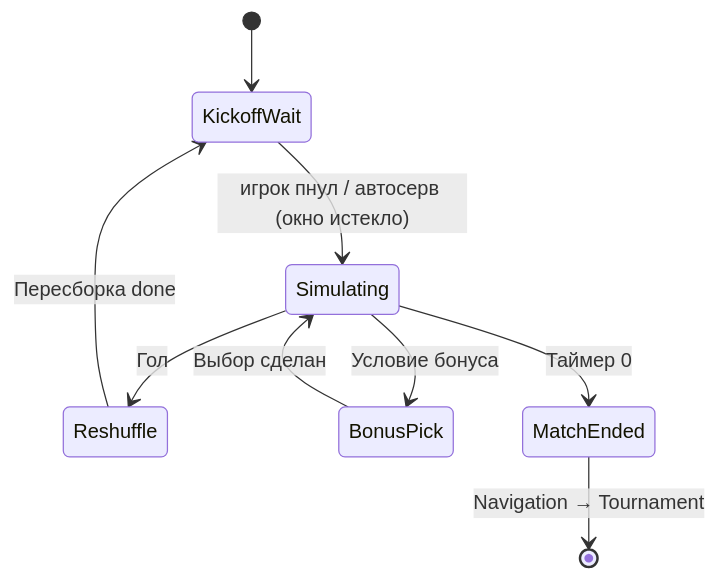
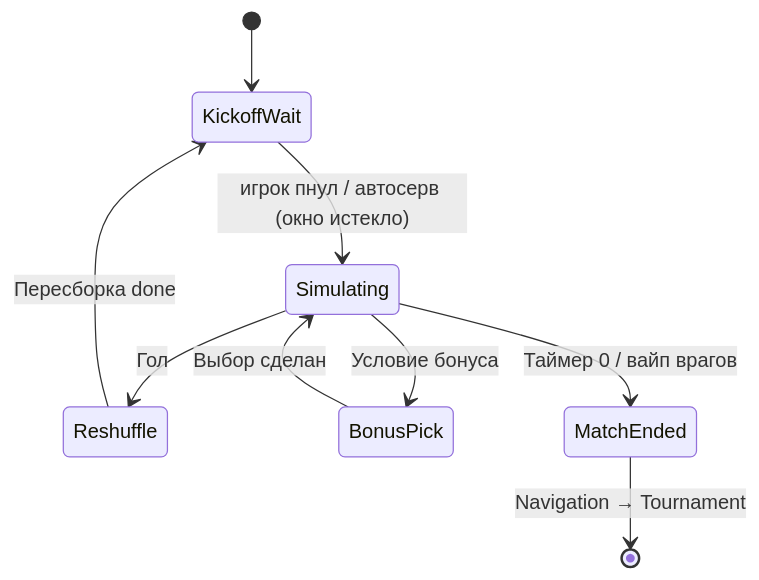
The third of 3 diagrams in Wiki/FutboloidWiki/Архитектура/Машины состояний.md (DeployChef/Futboloid), drawn with Mermaid before and after one commit. The commit also changed other lines of this file and 16 other files, not shown here.

````diff
--- a/Wiki/FutboloidWiki/Архитектура/Машины состояний.md
+++ b/Wiki/FutboloidWiki/Архитектура/Машины состояний.md
@@ -146,11 +146,11 @@
 ```mermaid
 stateDiagram-v2
     [*] --> KickoffWait
     KickoffWait --> Simulating: игрок пнул / автосерв (окно истекло)
     Simulating --> Reshuffle: Гол
     Reshuffle --> KickoffWait: Пересборка done
     Simulating --> BonusPick: Условие бонуса
     BonusPick --> Simulating: Выбор сделан
-    Simulating --> MatchEnded: Таймер 0
+    Simulating --> MatchEnded: Таймер 0 / вайп врагов
     MatchEnded --> [*]: Navigation → Tournament
 ```
````
